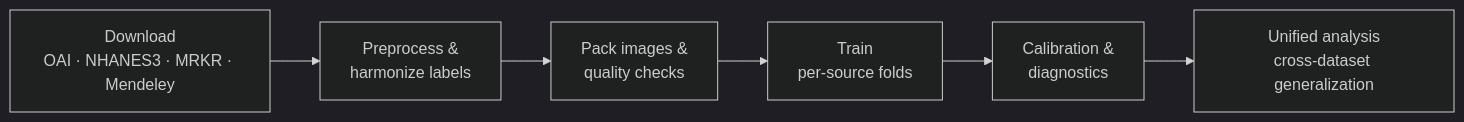
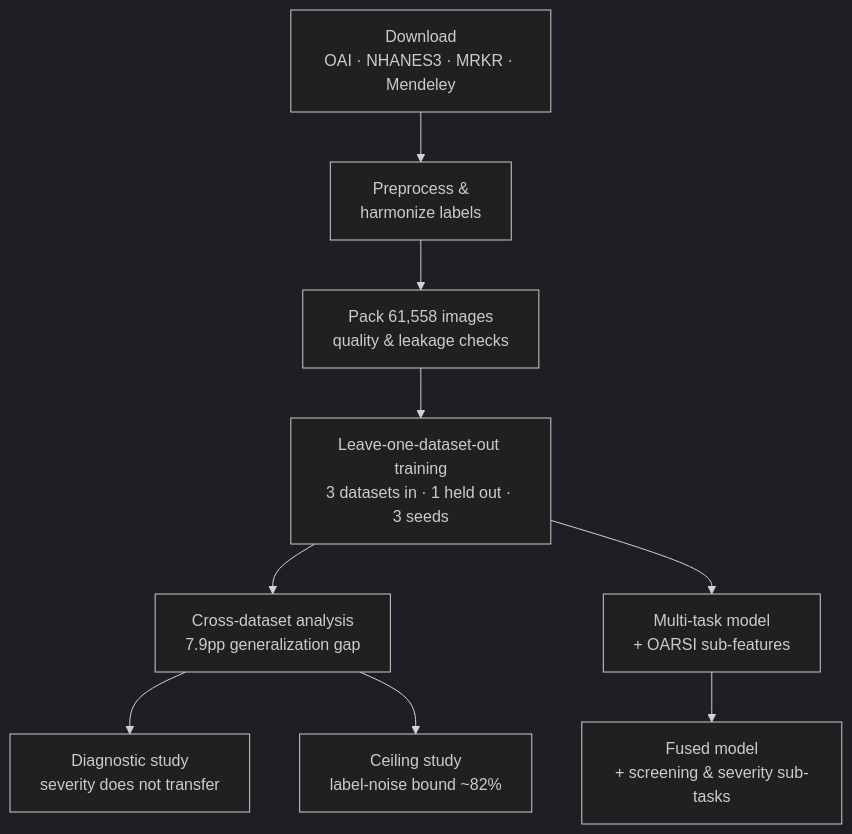
One commit to SAMYSOSERIOUS/Master-Thesis changed the diagram in README.md. Above: the diagram before and after it, drawn with Mermaid (dark theme). The commit also changed other lines of this file, not shown here.

````diff
--- a/README.md
+++ b/README.md
@@ -37,8 +38,11 @@
 ```mermaid
-flowchart LR
+flowchart TB
     A[Download<br/>OAI · NHANES3 · MRKR · Mendeley] --> B[Preprocess &<br/>harmonize labels]
-    B --> C[Pack images &<br/>quality checks]
-    C --> D[Train<br/>per-source folds]
-    D --> E[Calibration &<br/>diagnostics]
-    E --> F[Unified analysis<br/>cross-dataset generalization]
+    B --> C[Pack 61,558 images<br/>quality & leakage checks]
+    C --> D[Leave-one-dataset-out training<br/>3 datasets in · 1 held out · 3 seeds]
+    D --> E[Cross-dataset analysis<br/>7.9pp generalization gap]
+    E --> F[Diagnostic study<br/>severity does not transfer]
+    E --> G[Ceiling study<br/>label-noise bound ~82%]
+    D --> H[Multi-task model<br/>+ OARSI sub-features]
+    H --> I[Fused model<br/>+ screening & severity sub-tasks]
 ```
````
